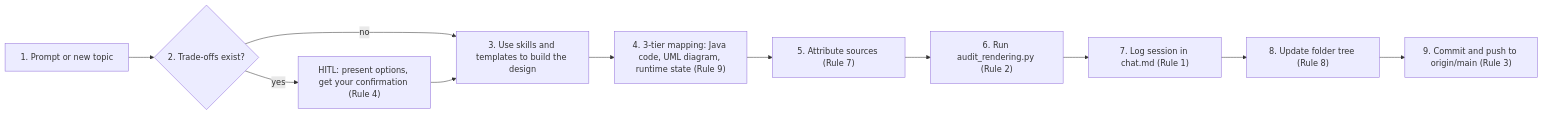
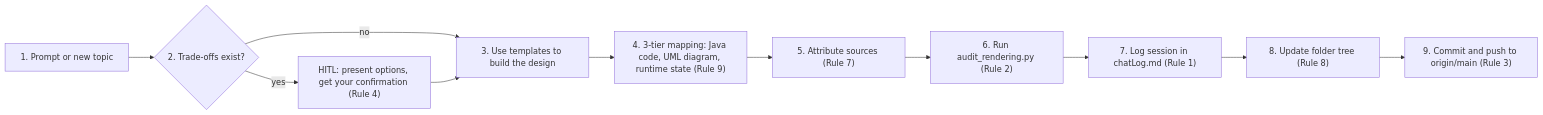
The second of 3 diagrams in architecture/architecture.md (AkmKawser/System-Design), drawn with Mermaid before and after one commit. The commit also changed other lines of this file and 34 other files, not shown here.

Commit message:
feat: enforce Rule 15 single outline.md, delete legacy skills, and document shared memory architecture

````diff
--- a/architecture/architecture.md
+++ b/architecture/architecture.md
@@ -40,13 +42,13 @@
 ```mermaid
 flowchart LR
     A["1. Prompt or new topic"] --> B{"2. Trade-offs exist?"}
     B -->|"yes"| C["HITL: present options, get your confirmation (Rule 4)"]
     B -->|"no"| D
-    C --> D["3. Use skills and templates to build the design"]
+    C --> D["3. Use templates to build the design"]
     D --> E["4. 3-tier mapping: Java code, UML diagram, runtime state (Rule 9)"]
     E --> F["5. Attribute sources (Rule 7)"]
     F --> G["6. Run audit_rendering.py (Rule 2)"]
-    G --> H["7. Log session in chat.md (Rule 1)"]
+    G --> H["7. Log session in chatLog.md (Rule 1)"]
     H --> I["8. Update folder tree (Rule 8)"]
     I --> J["9. Commit and push to origin/main (Rule 3)"]
 ```
````
